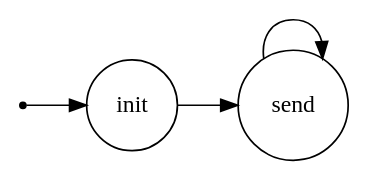
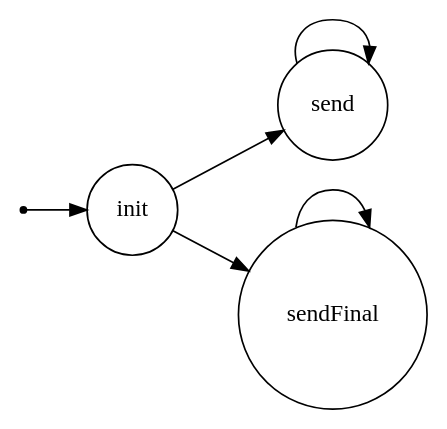
The diagram in it.unibo.pa/srcMore/it/unibo/qapasonar/dotFsm.gv (davidMonnuar/finalTask), drawn with Graphviz before and after one commit. The commit also changed 16 other files, not shown here.

```diff
--- a/it.unibo.pa/srcMore/it/unibo/qapasonar/dotFsm.gv
+++ b/it.unibo.pa/srcMore/it/unibo/qapasonar/dotFsm.gv
@@ -1,22 +1,25 @@
 /*
 *
 * A GraphViz DOT FSM description 
 * Please use a GraphViz visualizer (like http://www.webgraphviz.com)
 * 
 * Generated by AM,NC,RM
 *  
 */
  
 digraph finite_state_machine {
   	rankdir=LR;
   	size="8,5"
   	node [shape = point]; iniziale;
   	node [shape = doublecircle]; 
   	node [shape = circle];
   	iniziale -> init [label = ""];
   	
   	
   	init -> send [ label = ""];
+  	init -> sendFinal [ label = ""];
   	
   	send -> send [ label = ""];
+  	
+  	sendFinal -> sendFinal [ label = ""];
 }
```
